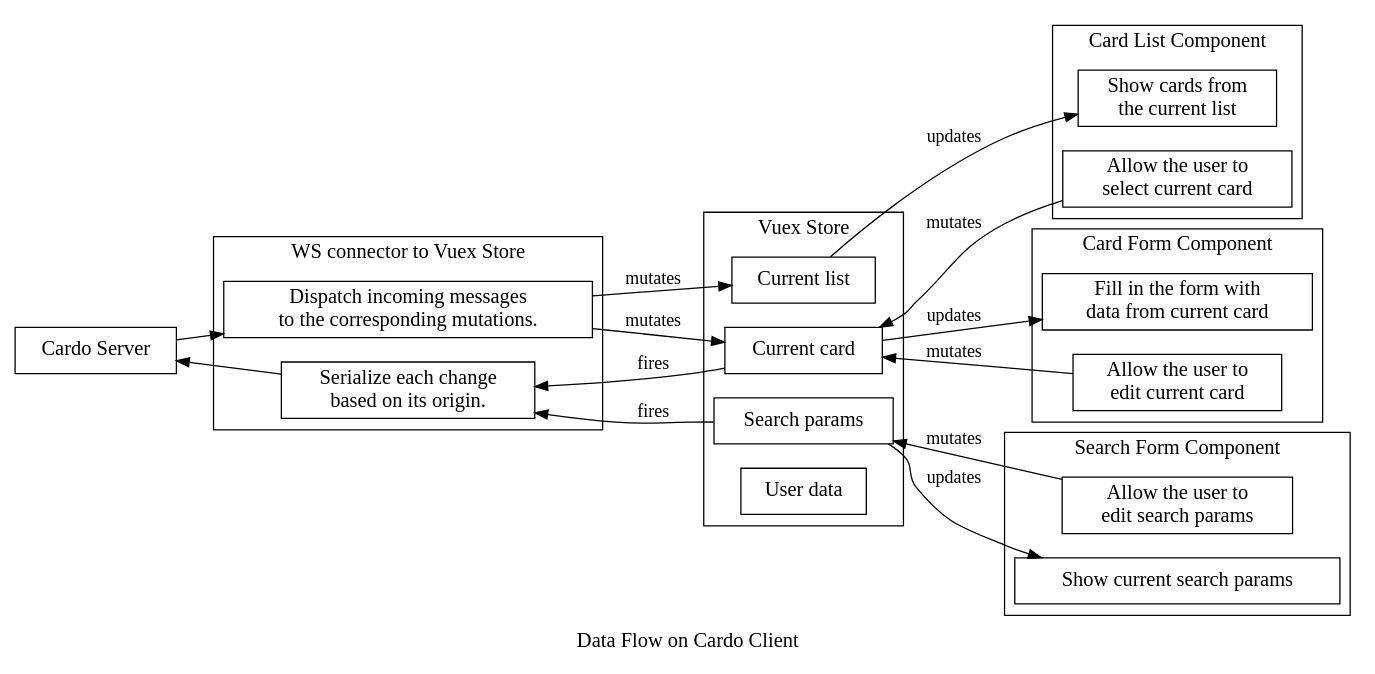
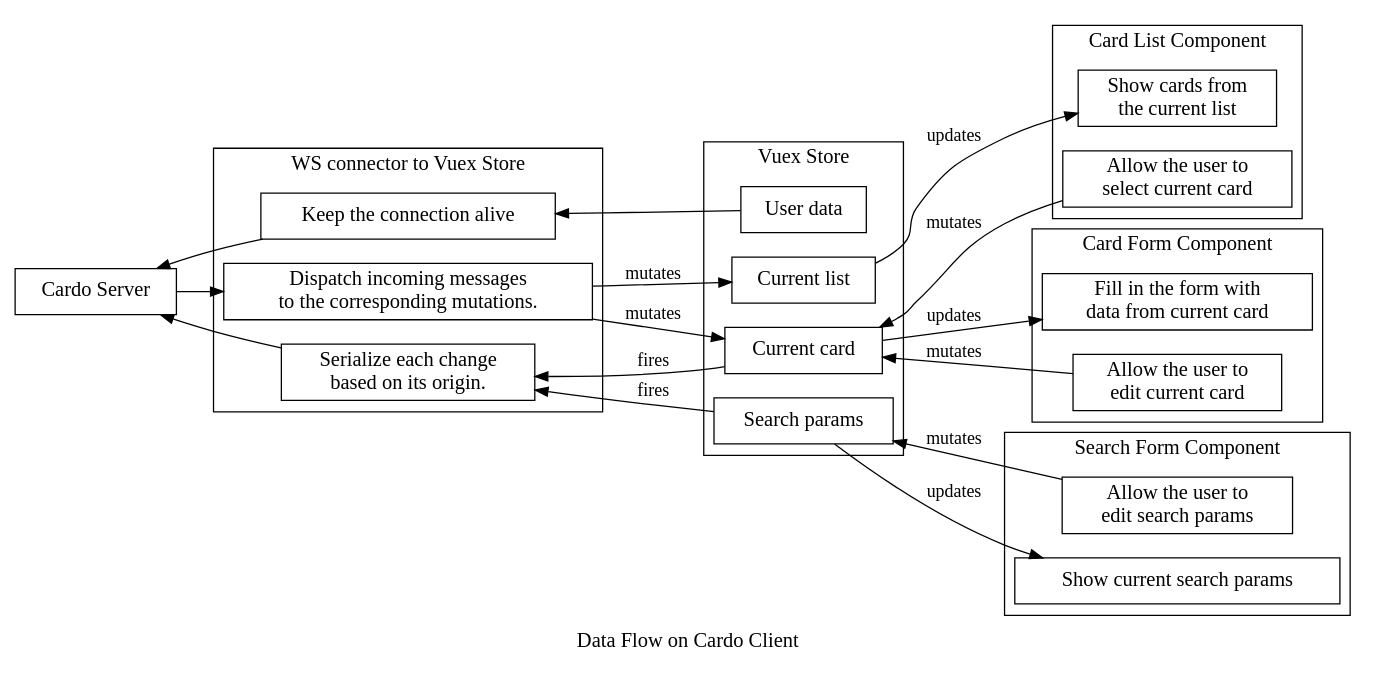
Before and after one commit to rubencaro/cardo_client: the diagram in docs/dataflow.dot, drawn with Graphviz. The commit also changed 5 other files, not shown here.

```diff
--- a/docs/dataflow.dot
+++ b/docs/dataflow.dot
@@ -1,58 +1,60 @@
 # https://gist.github.com/rubencaro/75e7b163665b47e0094a
 
 digraph DataFlow {
   rankdir=LR
   label="Data Flow on Cardo Client"
   fontsize=16
   node[fontsize=16, shape=record]
   edge[fontsize=14]
 
   server[label="Cardo Server", shape=rect]
 
   subgraph cluster_ws2store {
     label="WS connector to Vuex Store"
-    dispatch [label="Dispatch incoming messages\n
+    connect[label="Keep the connection alive"]
+    dispatch[label="Dispatch incoming messages\n
     to the corresponding mutations."]
-    send [label="Serialize each change\n
+    send[label="Serialize each change\n
     based on its origin."]
   }
 
   subgraph cluster_store {
     label="Vuex Store"
     current_list[label="Current list"]
     current_card[label="Current card"]
     search_params[label="Search params"]
-    user [label="User data"]
+    user[label="User data"]
   }
 
   subgraph cluster_form {
     label="Card Form Component"
     edit_card[label="Allow the user to\n edit current card"]
     show_card[label="Fill in the form with\n data from current card"]
   }
 
   subgraph cluster_list {
     label="Card List Component"
     show_list[label="Show cards from\n the current list"]
     select_current_card[label="Allow the user to\n select current card"]
   }
 
   subgraph cluster_search {
     label="Search Form Component"
     search[label="Allow the user to\n edit search params"]
     show_search_params[label="Show current search params"]
   }
 
   server -> dispatch
   send -> server
+  server -> connect -> user[dir=back]
 
   edit_card, select_current_card -> current_card [label="mutates"]
-  search_params -> search [dir=back,label="mutates"]
+  search_params -> search[dir=back,label="mutates"]
   dispatch -> current_card, current_list [label="mutates"]
 
-  current_card -> show_card [label="updates"]
-  current_list -> show_list [label="updates"]
-  search_params -> show_search_params [label="updates"]
+  current_card -> show_card[label="updates"]
+  current_list -> show_list[label="updates"]
+  search_params -> show_search_params[label="updates"]
 
-  current_card, search_params -> send [label="fires"]
+  current_card, search_params -> send[label="fires"]
 }
```
